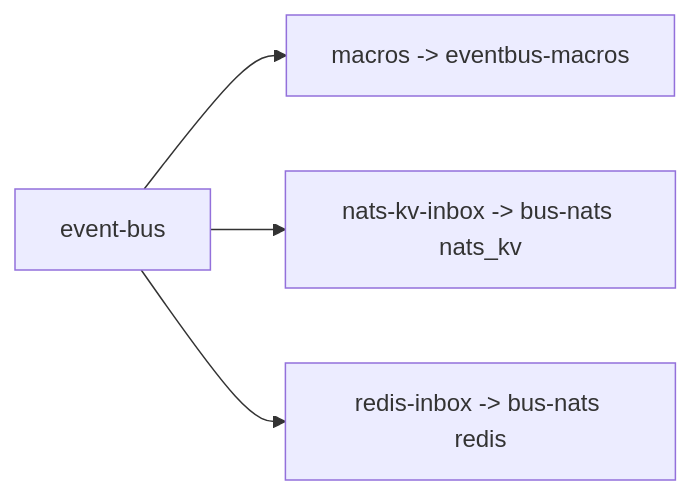
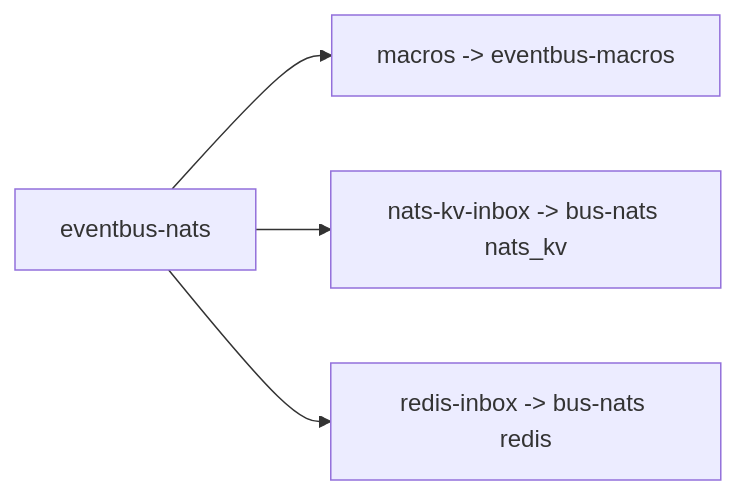
One commit to scriptkid23/eventbus-rs changed the second of 3 diagrams in docs/diagrams/system-diagrams.md. Above: the diagram before and after it, drawn with Mermaid. The commit also changed other lines of this file and 11 other files, not shown here.

First line of the commit message:
refactor: rename `event-bus` to `eventbus-nats` and update related dependencies

````diff
--- a/docs/diagrams/system-diagrams.md
+++ b/docs/diagrams/system-diagrams.md
@@ -23,11 +23,11 @@
 ```mermaid
 flowchart LR
-    eventBus[event-bus]
+    eventBus[eventbus-nats]
     macros["macros -> eventbus-macros"]
     natsKv["nats-kv-inbox -> bus-nats nats_kv"]
     redisInbox["redis-inbox -> bus-nats redis"]
 
     eventBus --> macros
     eventBus --> natsKv
     eventBus --> redisInbox
 ```
````
